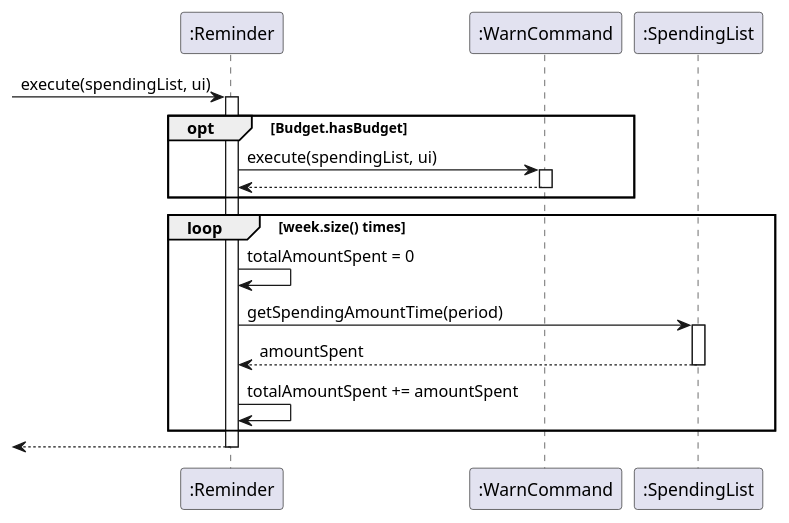
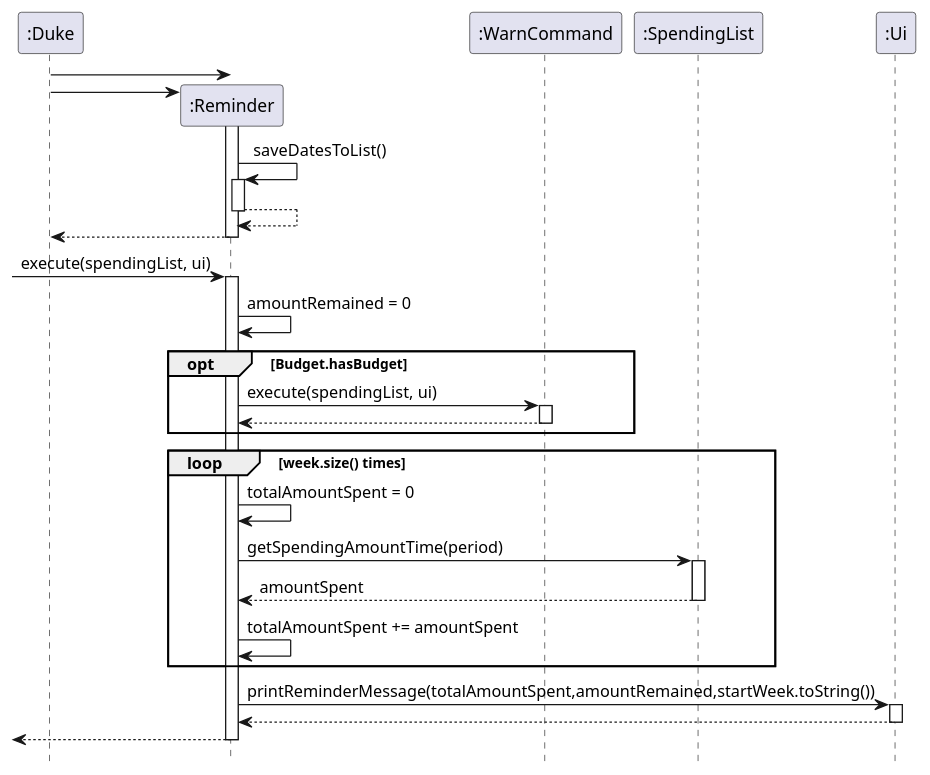
The diagram in src/uml/reminder.puml (xieyaoyue/tp), drawn with PlantUML before and after one commit. The commit also changed 6 other files, not shown here.

Commit message:
edit uml diagram

```diff
--- a/src/uml/reminder.puml
+++ b/src/uml/reminder.puml
@@ -1,30 +1,48 @@
 @startuml
+hide footbox
+
+":Duke" -> ":Reminder"
+create ":Reminder"
+":Duke" -> ":Reminder"
+activate ":Reminder"
+
+":Reminder" -> ":Reminder" : saveDatesToList()
+activate ":Reminder"
+":Reminder" --> ":Reminder"
+deactivate ":Reminder"
+":Reminder" --> ":Duke"
+deactivate ":Reminder"
 
 
 ->":Reminder" : execute(spendingList, ui)
 
 activate ":Reminder"
+
+":Reminder" -> ":Reminder" : amountRemained = 0
 
 opt Budget.hasBudget
 ":Reminder" -> ":WarnCommand" : execute(spendingList, ui)
 activate ":WarnCommand"
 ":WarnCommand" --> ":Reminder"
 deactivate ":WarnCommand"
 end
 
 loop week.size() times
 ":Reminder" -> ":Reminder" : totalAmountSpent = 0
 ":Reminder" -> ":SpendingList" : getSpendingAmountTime(period)
 activate ":SpendingList"
 ":SpendingList" --> ":Reminder" : amountSpent
 deactivate ":SpendingList"
 
 ":Reminder" -> ":Reminder" :totalAmountSpent += amountSpent
 
 end
 
-
+":Reminder" -> ":Ui" : printReminderMessage(totalAmountSpent,amountRemained,startWeek.toString())
+activate ":Ui"
+":Ui" --> ":Reminder"
+deactivate ":Ui"
 <-- ":Reminder"
 deactivate ":Reminder"
 
 @enduml
```
